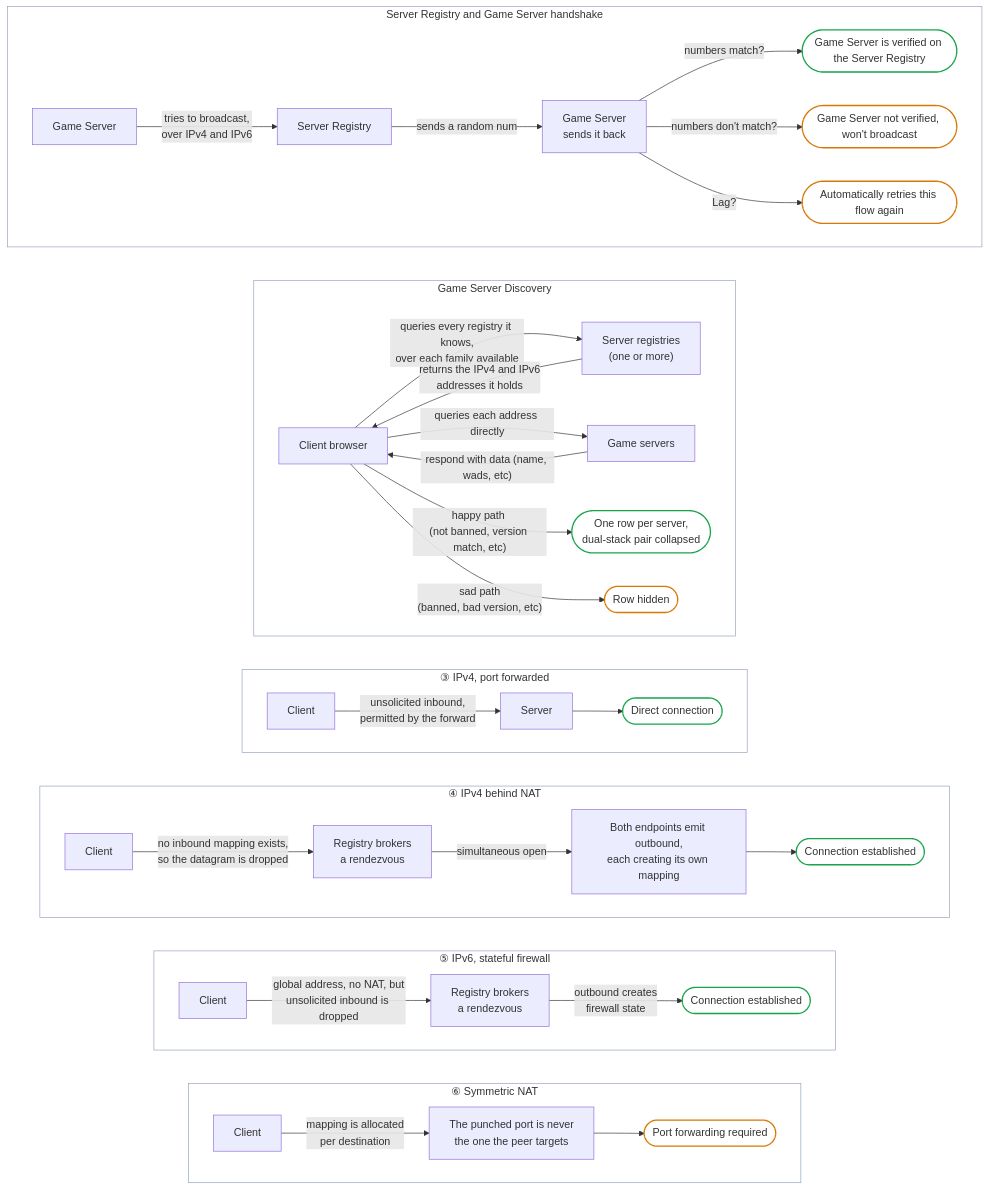
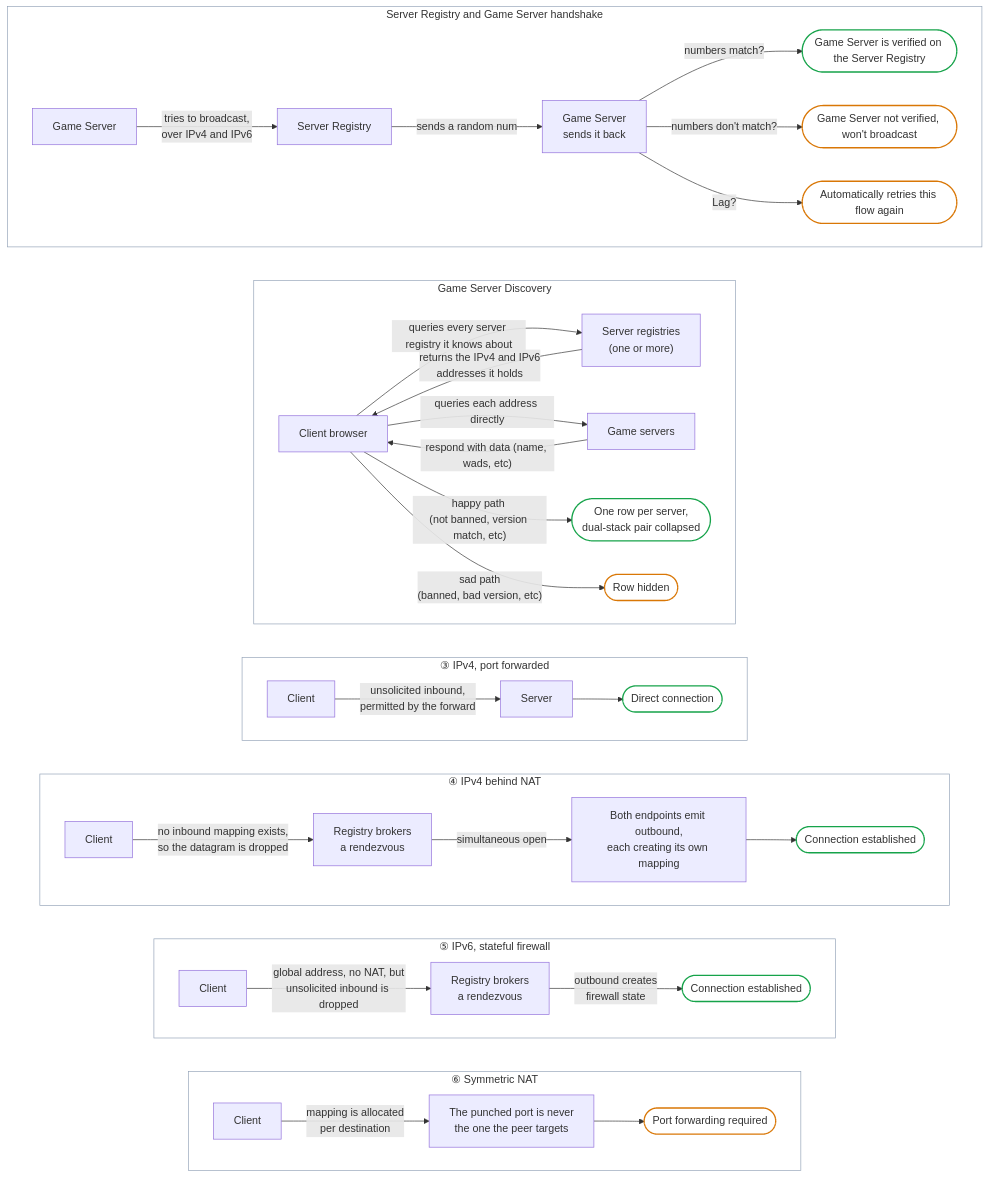
Before and after one commit to rc4l/ForkUnderA: the diagram in README.server-registry.md, drawn with Mermaid.

Commit message:
Update query description in server registry diagram

````diff
--- a/README.server-registry.md
+++ b/README.server-registry.md
@@ -7,65 +7,65 @@
 ```mermaid
 flowchart TB
 
     subgraph R["Server Registry and Game Server handshake"]
         direction LR
         R1["Game Server"] -->|"tries to broadcast,<br/>over IPv4 and IPv6"| R2["Server Registry"]
         R2 -->|"sends a random num"| R3["Game Server<br/>sends it back"]
         R3 --> |"numbers match?"| R4(["Game Server is verified on the Server Registry"])
         R3 --> |"numbers don't match?"| E1(["Game Server not verified, won't broadcast"])
         R3 --> |"Lag?"| E2(["Automatically retries this flow again"])
     end
 
     subgraph Q["Game Server Discovery"]
         direction LR
-          Q1["Client browser"] -->|"queries every registry it knows,<br/>over each family available"| Q2["Server registries<br/>(one or more)"]
+          Q1["Client browser"] -->|"queries every server registry it knows about"| Q2["Server registries<br/>(one or more)"]
           Q2 -->|"returns the IPv4 and IPv6<br/>addresses it holds"| Q1
           Q1 -->|"queries each address directly"| WWW["Game servers"]
           WWW -->|"respond with data (name, wads, etc)"| Q1
           Q1 -->|"happy path <br/>(not banned, version match, etc)"| G1(["One row per server,<br/>dual-stack pair collapsed"])
           Q1 -->|"sad path <br/>(banned, bad version, etc)"| E3(["Row hidden"])
     end
 
     subgraph A["③ IPv4, port forwarded"]
         direction LR
         A1["Client"] -->|"unsolicited inbound,<br/>permitted by the forward"| A2["Server"]
         A2 --> A3(["Direct connection"])
     end
 
     subgraph B["④ IPv4 behind NAT"]
         direction LR
         B1["Client"] -->|"no inbound mapping exists,<br/>so the datagram is dropped"| B2["Registry brokers<br/>a rendezvous"]
         B2 -->|"simultaneous open"| B3["Both endpoints emit outbound,<br/>each creating its own mapping"]
         B3 --> B4(["Connection established"])
     end
 
     subgraph C["⑤ IPv6, stateful firewall"]
         direction LR
         C1["Client"] -->|"global address, no NAT, but<br/>unsolicited inbound is dropped"| C2["Registry brokers<br/>a rendezvous"]
         C2 -->|"outbound creates<br/>firewall state"| C3(["Connection established"])
     end
 
     subgraph S["⑥ Symmetric NAT"]
         direction LR
         S1["Client"] -->|"mapping is allocated<br/>per destination"| S2["The punched port is never<br/>the one the peer targets"]
         S2 --> S3(["Port forwarding required"])
     end
 
     R ~~~ Q
     Q ~~~ A
     A ~~~ B
     B ~~~ C
     C ~~~ S
 
     classDef ok fill:none,stroke:#16a34a,stroke-width:2px
     classDef warn fill:none,stroke:#d97706,stroke-width:2px
     class R4,Q4,A3,B4,C3,G1,G2,G3,G4 ok
     class S3,E1,E2,E3 warn
 
     style R fill:none,stroke:#94a3b8
     style Q fill:none,stroke:#94a3b8
     style A fill:none,stroke:#94a3b8
     style B fill:none,stroke:#94a3b8
     style C fill:none,stroke:#94a3b8
     style S fill:none,stroke:#94a3b8
 ```
````
